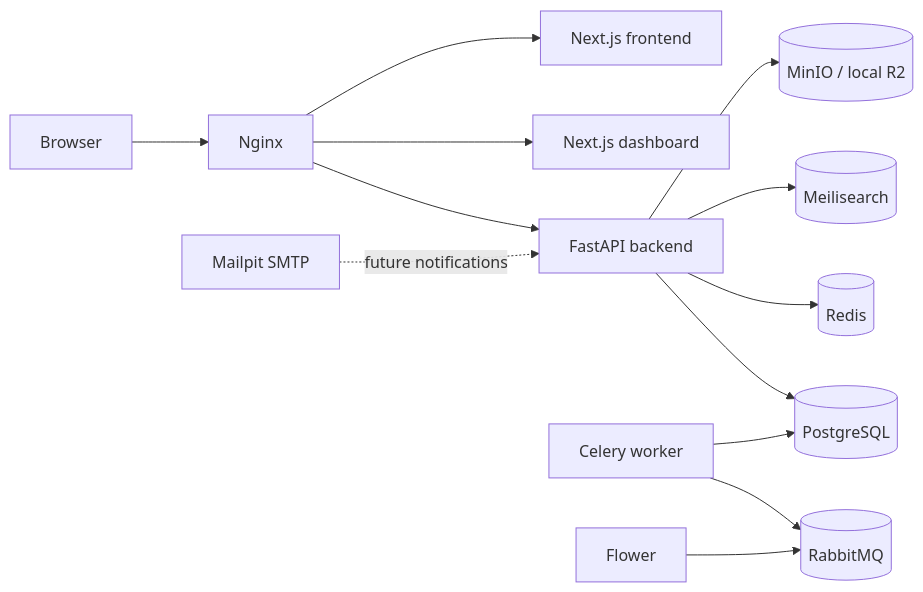
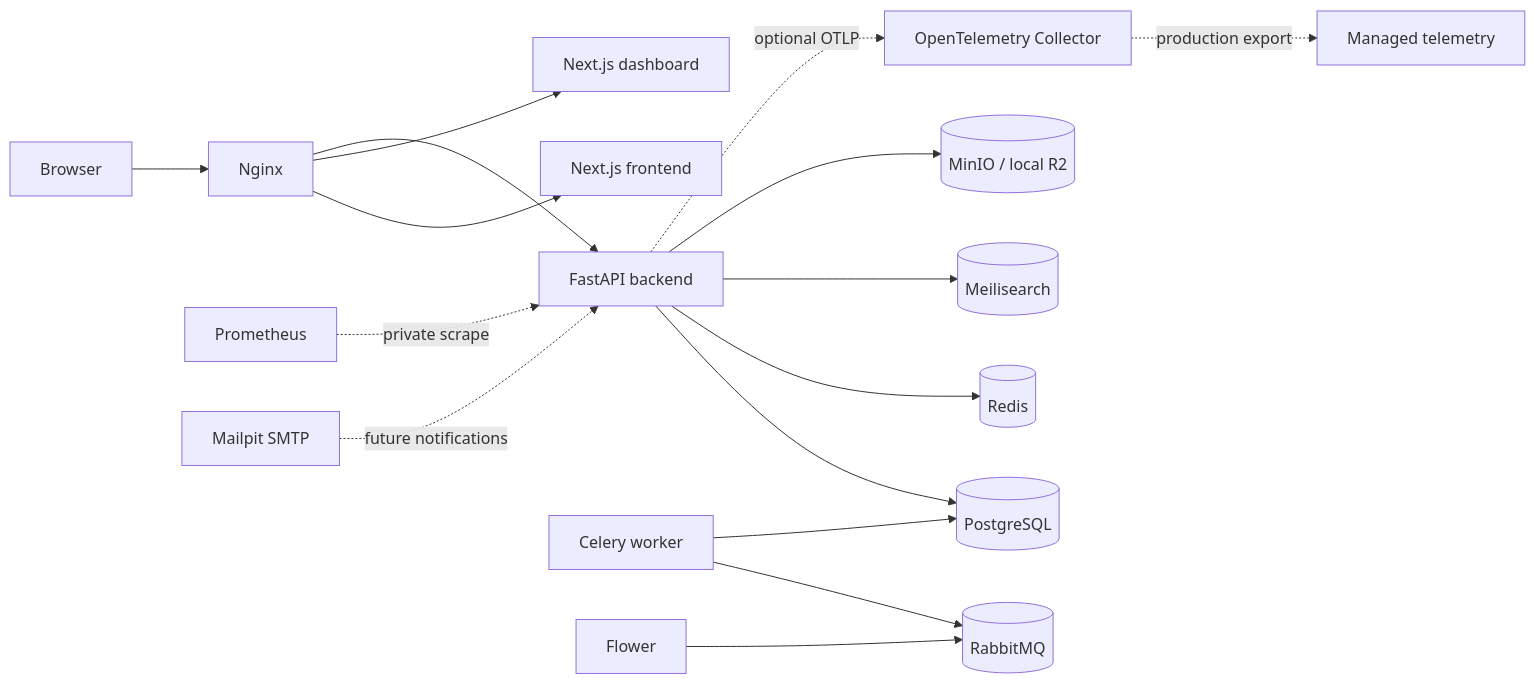
One commit to lamyanba13/apparel_network changed the diagram in README.md. Above: the diagram before and after it, drawn with Mermaid. The commit also changed other lines of this file and 65 other files, not shown here.

````diff
--- a/README.md
+++ b/README.md
@@ -22,15 +22,18 @@
 ```mermaid
 flowchart LR
     Browser --> Nginx
     Nginx --> Frontend[Next.js frontend]
     Nginx --> Dashboard[Next.js dashboard]
     Nginx --> Backend[FastAPI backend]
     Backend --> PostgreSQL[(PostgreSQL)]
     Backend --> Redis[(Redis)]
     Backend --> Meilisearch[(Meilisearch)]
     Backend --> MinIO[(MinIO / local R2)]
+    Prometheus -. private scrape .-> Backend
+    Backend -. optional OTLP .-> Collector[OpenTelemetry Collector]
+    Collector -. production export .-> ManagedTelemetry[Managed telemetry]
     Worker[Celery worker] --> RabbitMQ[(RabbitMQ)]
     Worker --> PostgreSQL
     Flower --> RabbitMQ
     Mailpit[Mailpit SMTP] -. future notifications .-> Backend
 ```
````
